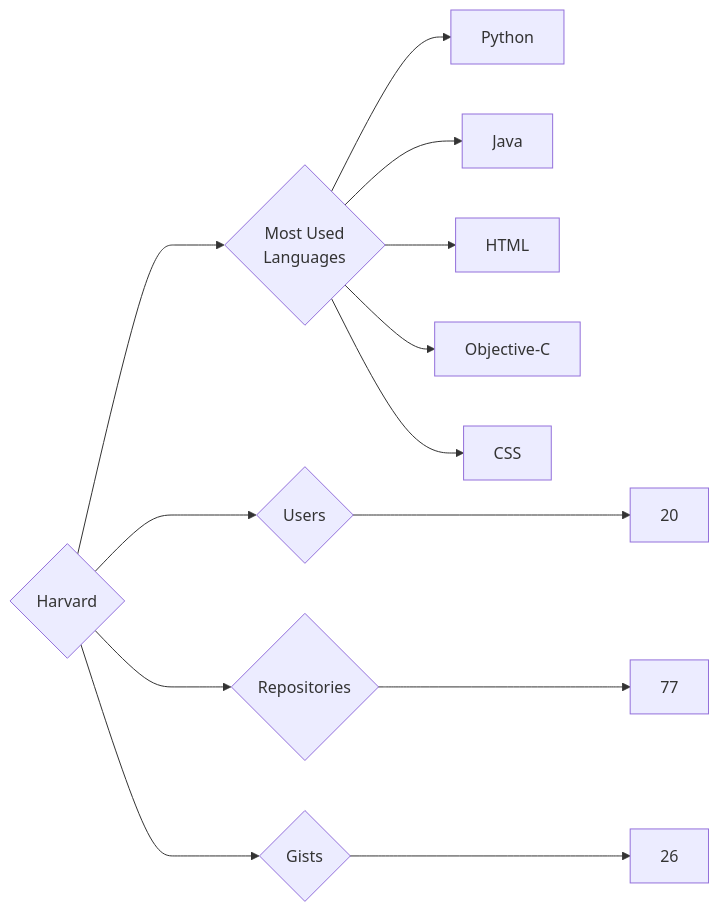
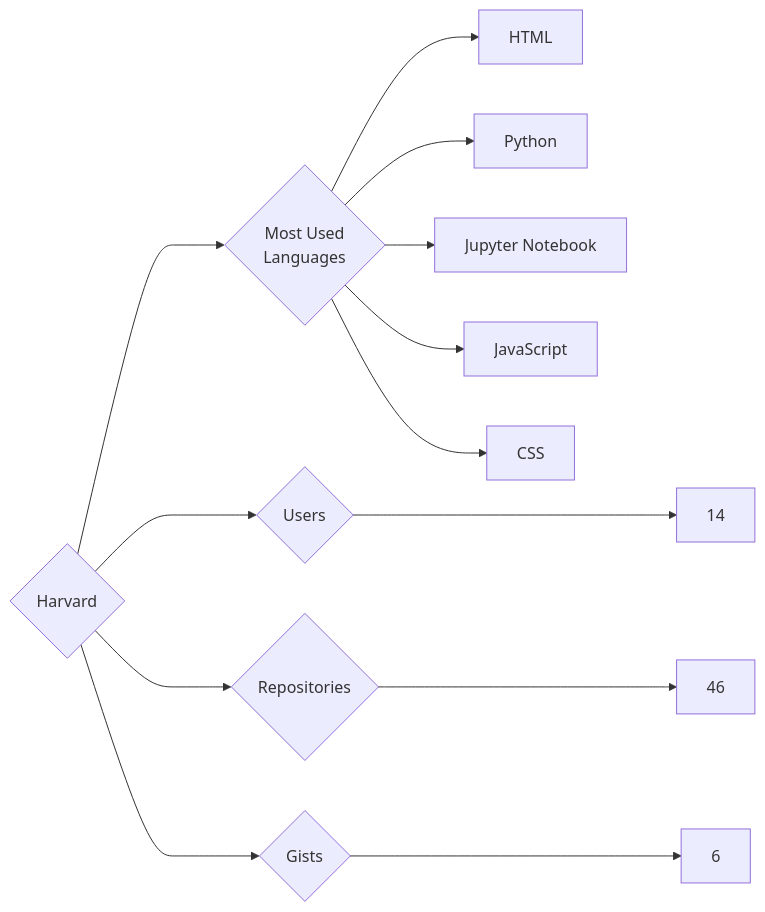
One commit to trickest/insiders changed the diagram in targets/Harvard/README.md. Above: the diagram before and after it, drawn with Mermaid. The commit also changed 953 other files, not shown here.

````diff
--- a/targets/Harvard/README.md
+++ b/targets/Harvard/README.md
@@ -3,13 +3,13 @@
 ```mermaid
 graph LR
 COMPANY_NAME{Harvard}
-COMPANY_NAME ---> U{Users} ---> UN[20]
-COMPANY_NAME ---> R{Repositories} ---> RN[77]
-COMPANY_NAME ---> G{Gists} ---> GN[26]
+COMPANY_NAME ---> U{Users} ---> UN[14]
+COMPANY_NAME ---> R{Repositories} ---> RN[46]
+COMPANY_NAME ---> G{Gists} ---> GN[6]
 COMPANY_NAME ---> ML{Most Used<br>Languages}
+ML --> HTML[HTML]
 ML --> Python[Python]
-ML --> Java[Java]
-ML --> HTML[HTML]
-ML --> Objective-C[Objective-C]
+ML --> Jupyter_Notebook[Jupyter Notebook]
+ML --> JavaScript[JavaScript]
 ML --> CSS[CSS]
 ```
````
